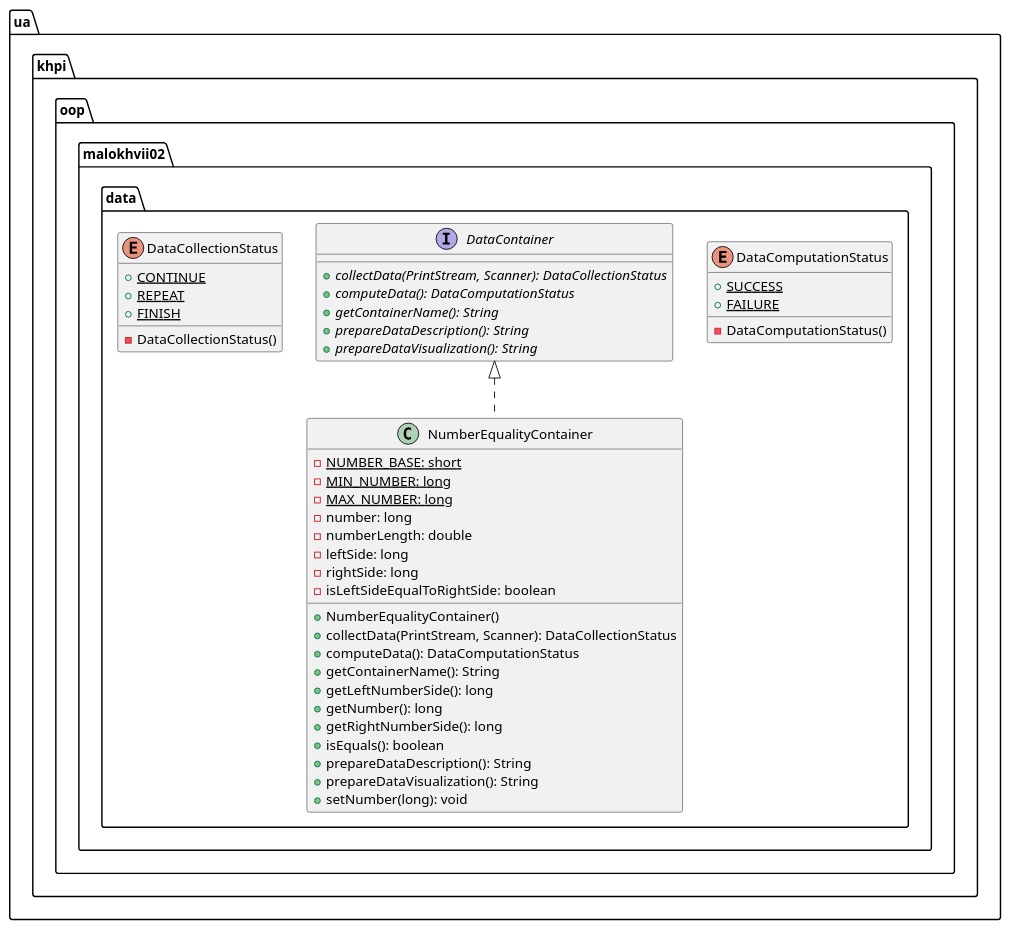
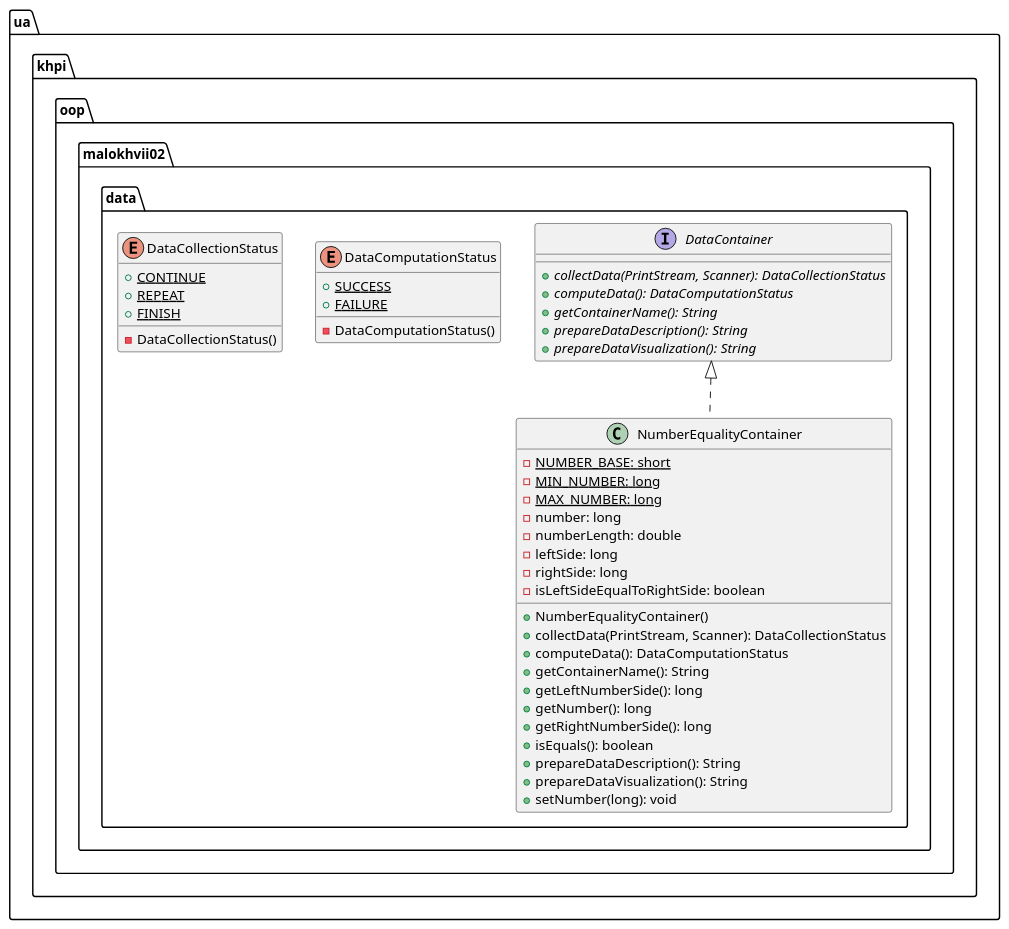
Before and after one commit to P-Kalin/kit26a: the diagram in malokhvii-eduard/malokhvii02/doc/plantuml/ua/khpi/oop/malokhvii02/data/package.puml, drawn with PlantUML. The commit also changed other lines of this file and 26 other files, not shown here.

Commit message:
#3 malokhvii02: update graphs

```diff
--- a/malokhvii-eduard/malokhvii02/doc/plantuml/ua/khpi/oop/malokhvii02/data/package.puml
+++ b/malokhvii-eduard/malokhvii02/doc/plantuml/ua/khpi/oop/malokhvii02/data/package.puml
@@ -1,52 +1,52 @@
 @startuml
 
     namespace ua.khpi.oop.malokhvii02.data {
-
-        enum DataComputationStatus {
-            {static} +SUCCESS
-            {static} +FAILURE
-            -DataComputationStatus()
-        }
 
         class NumberEqualityContainer {
             {static} -NUMBER_BASE: short
             {static} -MIN_NUMBER: long
             {static} -MAX_NUMBER: long
             -number: long
             -numberLength: double
             -leftSide: long
             -rightSide: long
             -isLeftSideEqualToRightSide: boolean
             +NumberEqualityContainer()
             +collectData(PrintStream, Scanner): DataCollectionStatus
             +computeData(): DataComputationStatus
             +getContainerName(): String
             +getLeftNumberSide(): long
             +getNumber(): long
             +getRightNumberSide(): long
             +isEquals(): boolean
             +prepareDataDescription(): String
             +prepareDataVisualization(): String
             +setNumber(long): void
         }
 
         interface DataContainer {
             {abstract} +collectData(PrintStream, Scanner): DataCollectionStatus
             {abstract} +computeData(): DataComputationStatus
             {abstract} +getContainerName(): String
             {abstract} +prepareDataDescription(): String
             {abstract} +prepareDataVisualization(): String
         }
 
+        enum DataComputationStatus {
+            {static} +SUCCESS
+            {static} +FAILURE
+            -DataComputationStatus()
+        }
+
         enum DataCollectionStatus {
             {static} +CONTINUE
             {static} +REPEAT
             {static} +FINISH
             -DataCollectionStatus()
         }
 
         DataContainer <|.. NumberEqualityContainer
 
     }
 
 @enduml
```
